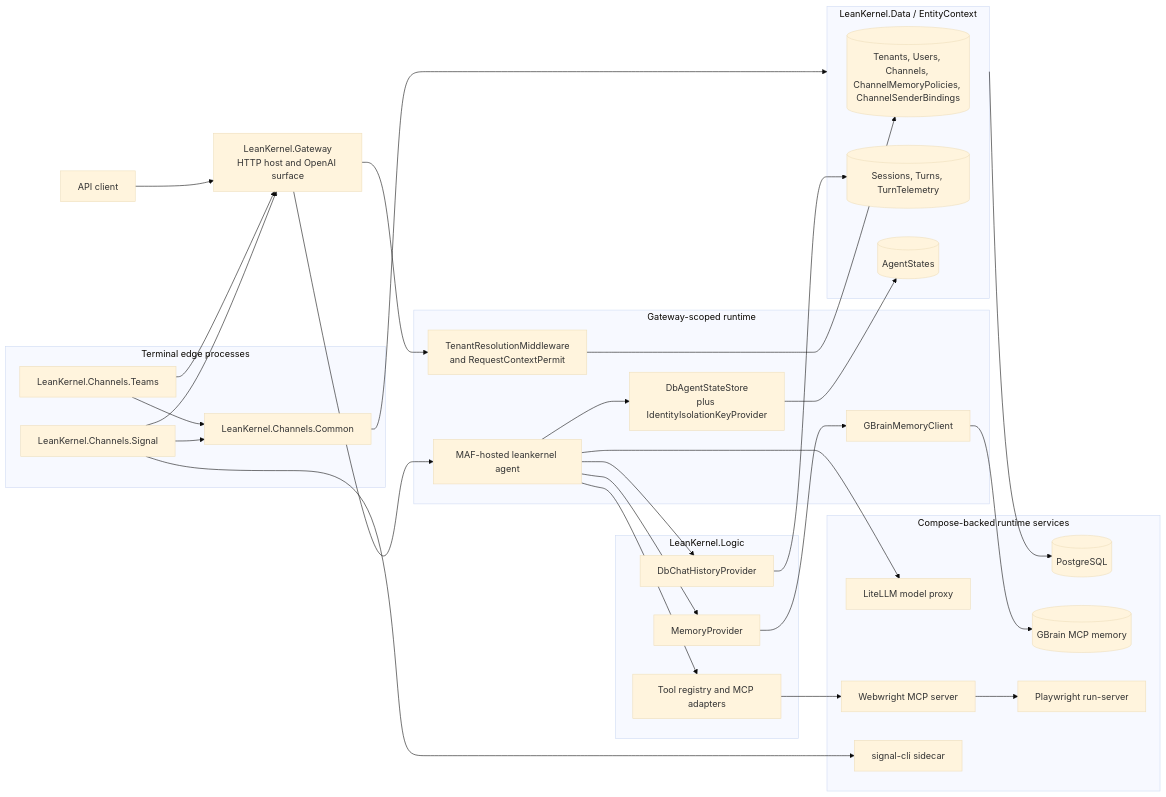
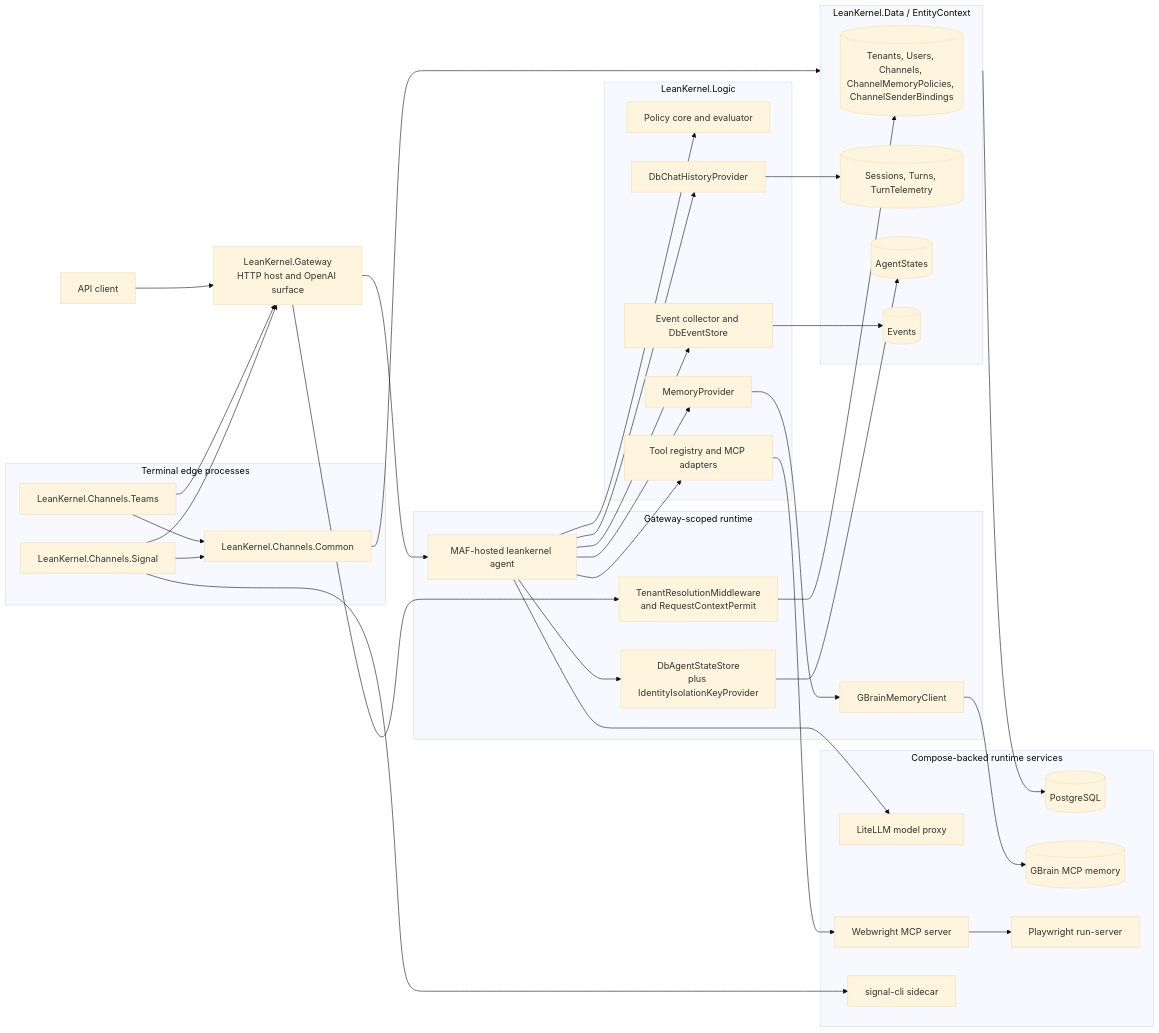
One commit to achingono/leankernel changed the first of 2 diagrams in docs/architecture/system-overview.md. Above: the diagram before and after it, drawn with Mermaid (base theme). The commit also changed other lines of this file and 54 other files, not shown here.

Commit message:
feat: implement phase 20 identity policy event spine

````diff
--- a/docs/architecture/system-overview.md
+++ b/docs/architecture/system-overview.md
@@ -16,60 +16,66 @@
 ```mermaid
 flowchart LR
     Client[API client] --> Gateway[LeanKernel.Gateway\nHTTP host and OpenAI surface]
 
     subgraph GatewayRuntime[Gateway-scoped runtime]
         Middleware[TenantResolutionMiddleware\nand RequestContextPermit]
         AgentHost[MAF-hosted leankernel agent]
         SessionStore[DbAgentStateStore\nplus IdentityIsolationKeyProvider]
         GBrainClient[GBrainMemoryClient]
     end
 
     subgraph LogicRuntime[LeanKernel.Logic]
+        Policy[Policy core and evaluator]
         History[DbChatHistoryProvider]
+        EventSpine[Event collector and DbEventStore]
         Memory[MemoryProvider]
         Tooling[Tool registry and MCP adapters]
     end
 
     subgraph Persistence[LeanKernel.Data / EntityContext]
         IdentityData[(Tenants, Users, Channels, ChannelMemoryPolicies, ChannelSenderBindings)]
         TranscriptData[(Sessions, Turns, TurnTelemetry)]
         AgentStateData[(AgentStates)]
+        EventData[(Events)]
     end
 
     subgraph RuntimeServices[Compose-backed runtime services]
         Db[(PostgreSQL)]
         LiteLLM[LiteLLM model proxy]
         GBrain[(GBrain MCP memory)]
         Webwright[Webwright MCP server]
         Playwright[Playwright run-server]
         SignalCli[signal-cli sidecar]
     end
 
     subgraph EdgeHosts[Terminal edge processes]
         Signal[LeanKernel.Channels.Signal]
         Teams[LeanKernel.Channels.Teams]
         Shared[LeanKernel.Channels.Common]
     end
 
     Gateway --> Middleware
     Gateway --> AgentHost
     AgentHost --> History
+    AgentHost --> Policy
+    AgentHost --> EventSpine
     AgentHost --> Memory
     AgentHost --> Tooling
     AgentHost --> SessionStore
     Middleware --> IdentityData
     History --> TranscriptData
+    EventSpine --> EventData
     SessionStore --> AgentStateData
     Memory --> GBrainClient
     GBrainClient --> GBrain
     AgentHost --> LiteLLM
     Tooling --> Webwright
     Webwright --> Playwright
     Persistence --> Db
     Signal --> Shared
     Teams --> Shared
     Shared --> Persistence
     Signal --> Gateway
     Teams --> Gateway
     Signal --> SignalCli
 ```
````
